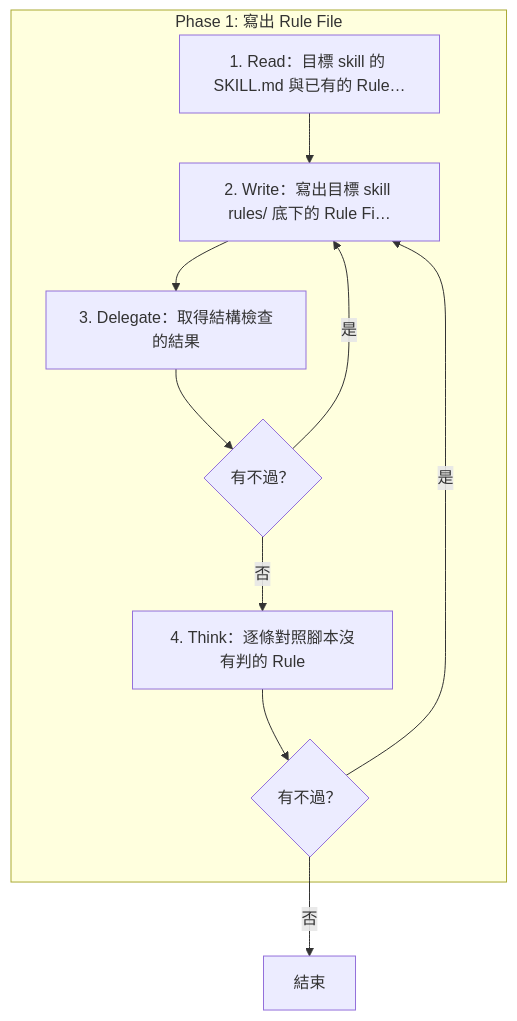
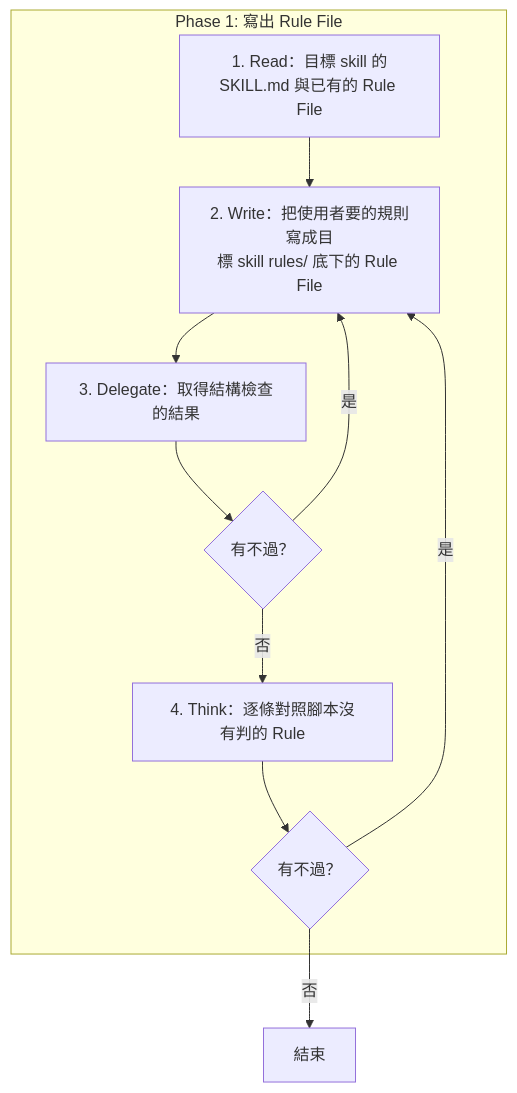
One commit to AI-x-BDD/BDGG-Dev-Skills changed the diagram in .claude/skills/skill-form-rule/SKILL.md. Above: the diagram before and after it, drawn with Mermaid. The commit also changed 43 other files, not shown here.

First line of the commit message:
feat!: skill-form-sop 的流程視覺圖改放檔尾並以粗體標出的核心動作當標籤

````diff
--- a/.claude/skills/skill-form-rule/SKILL.md
+++ b/.claude/skills/skill-form-rule/SKILL.md
@@ -11,20 +17,20 @@
 ```mermaid
 flowchart TD
     subgraph P1["Phase 1: 寫出 Rule File"]
-        P1S1["1. Read：目標 skill 的 SKILL.md 與已有的 Rule…"]
-        P1S2["2. Write：寫出目標 skill rules/ 底下的 Rule Fi…"]
+        P1S1["1. Read：目標 skill 的<br/>SKILL.md 與已有的 Rule File"]
+        P1S2["2. Write：把使用者要的規則寫成目<br/>標 skill rules/ 底下的 Rule File"]
         P1S3["3. Delegate：取得結構檢查的結果"]
         G_P1S3_1{"有不過？"}
         P1S4["4. Think：逐條對照腳本沒有判的 Rule"]
         G_P1S4_1{"有不過？"}
     end
     End["結束"]
     P1S1 --> P1S2
     P1S2 --> P1S3
     P1S3 --> G_P1S3_1
     G_P1S3_1 -->|是| P1S2
     G_P1S3_1 -->|否| P1S4
     P1S4 --> G_P1S4_1
     G_P1S4_1 -->|是| P1S2
     G_P1S4_1 -->|否| End
 ```
````
